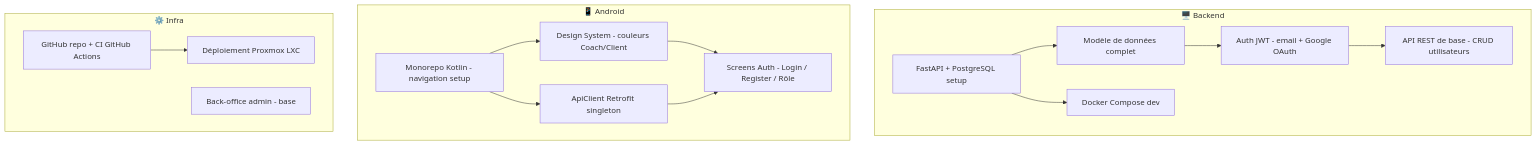
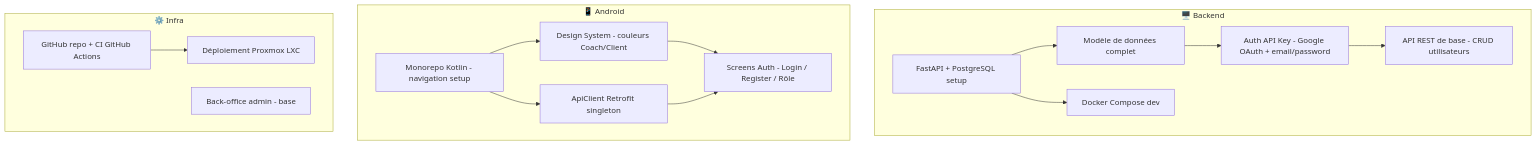
One commit to gaelgael5/mycoach changed the second of 8 diagrams in docs/DEV_ROADMAP.md. Above: the diagram before and after it, drawn with Mermaid. The commit also changed other lines of this file and 2 other files, not shown here.

Commit message:
docs: v1.1 - PostgreSQL, API Key auth (SHA-256), tarification coach, booking/cancel/waitlist

````diff
--- a/docs/DEV_ROADMAP.md
+++ b/docs/DEV_ROADMAP.md
@@ -33,28 +33,28 @@
 ```mermaid
 flowchart TD
     subgraph BACK["🖥️ Backend"]
         B1[FastAPI + PostgreSQL setup]
         B2[Modèle de données complet]
-        B3[Auth JWT - email + Google OAuth]
+        B3[Auth API Key - Google OAuth + email/password]
         B4[API REST de base - CRUD utilisateurs]
         B5[Docker Compose dev]
         B1 --> B2 --> B3 --> B4
         B1 --> B5
     end
 
     subgraph ANDROID["📱 Android"]
         A1[Monorepo Kotlin - navigation setup]
         A2[Design System - couleurs Coach/Client]
         A3[ApiClient Retrofit singleton]
         A4[Screens Auth - Login / Register / Rôle]
         A1 --> A2 --> A4
         A1 --> A3 --> A4
     end
 
     subgraph INFRA["⚙️ Infra"]
         I1[GitHub repo + CI GitHub Actions]
         I2[Déploiement Proxmox LXC]
         I3[Back-office admin - base]
         I1 --> I2
     end
 ```
````
